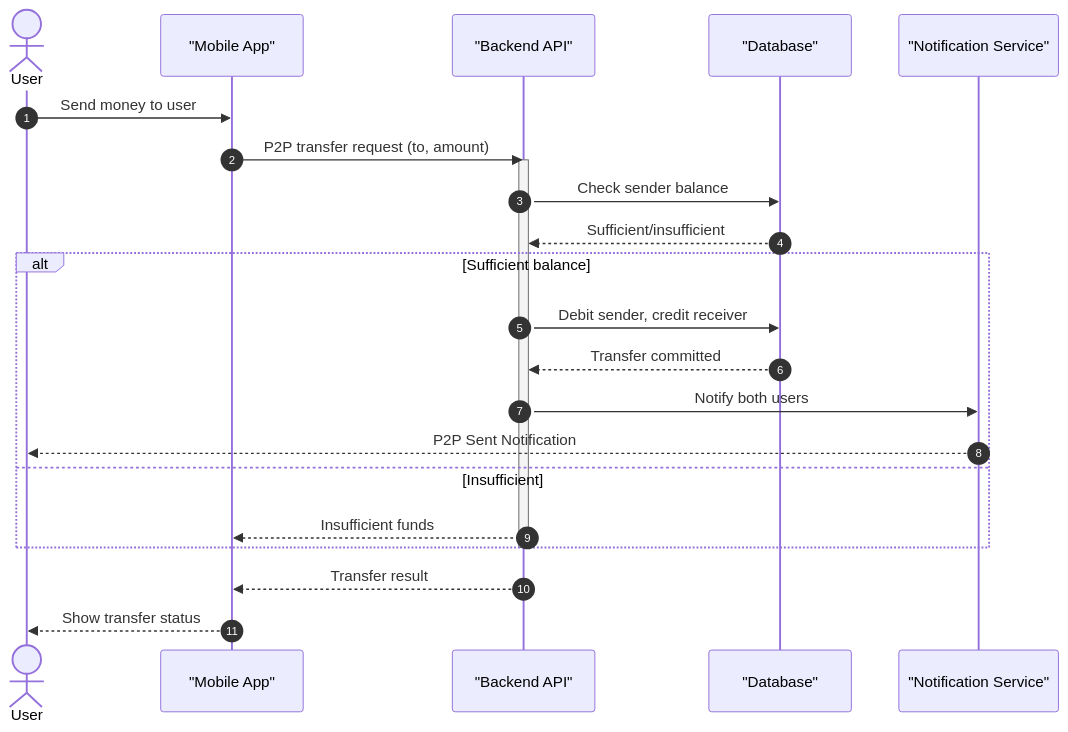
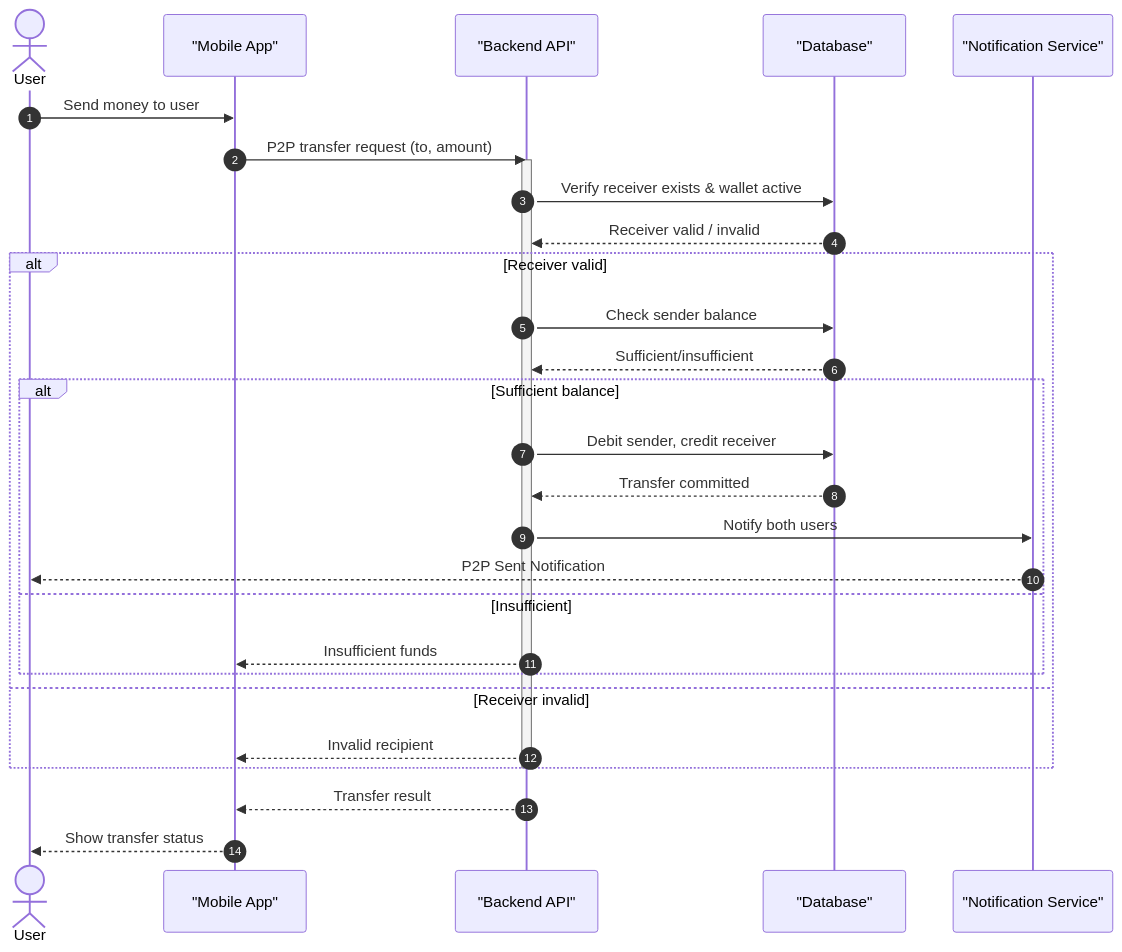
The fourth of 8 diagrams in README.md (NorhanNabilll/gopay), drawn with Mermaid before and after one commit.

````diff
--- a/README.md
+++ b/README.md
@@ -180,26 +180,33 @@
 ```mermaid
 sequenceDiagram
     autonumber
     actor User
     participant App as "Mobile App"
     participant API as "Backend API"
     participant DB as "Database"
     participant Notify as "Notification Service"
 
     User->>App: Send money to user
     App->>API: P2P transfer request (to, amount)
     activate API
-    API->>DB: Check sender balance
-    DB-->>API: Sufficient/insufficient
-    alt Sufficient balance
-        API->>DB: Debit sender, credit receiver
-        DB-->>API: Transfer committed
-        API->>Notify: Notify both users
-        Notify-->>User: P2P Sent Notification
-    else Insufficient
-        API-->>App: Insufficient funds
+    API->>DB: Verify receiver exists & wallet active
+    DB-->>API: Receiver valid / invalid
+    alt Receiver valid
+        API->>DB: Check sender balance
+        DB-->>API: Sufficient/insufficient
+        alt Sufficient balance
+            API->>DB: Debit sender, credit receiver
+            DB-->>API: Transfer committed
+            API->>Notify: Notify both users
+            Notify-->>User: P2P Sent Notification
+        else Insufficient
+            API-->>App: Insufficient funds
+        end
+    else Receiver invalid
+        API-->>App: Invalid recipient
     end
     deactivate API
     API-->>App: Transfer result
     App-->>User: Show transfer status
+
 ```
````
